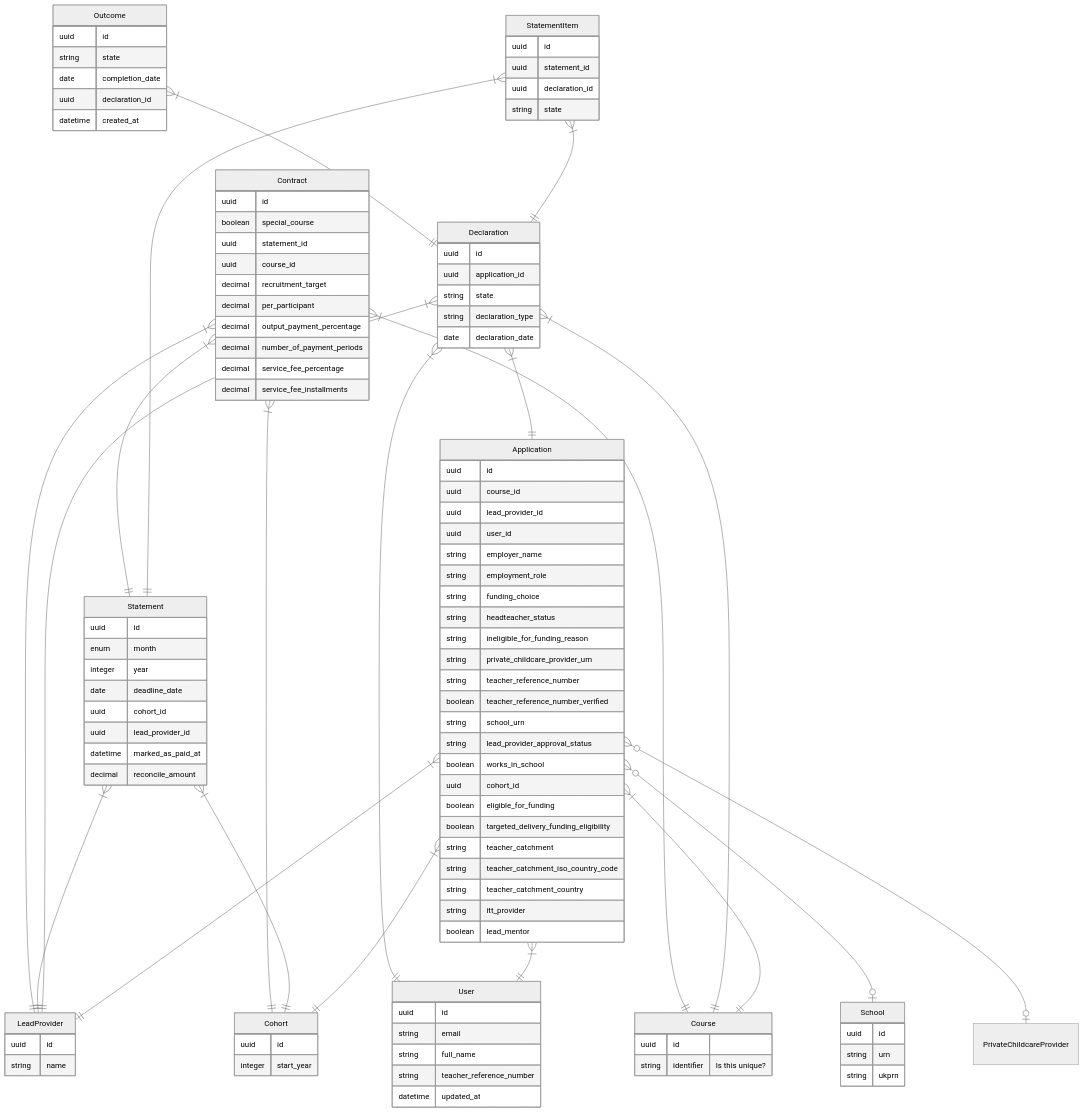
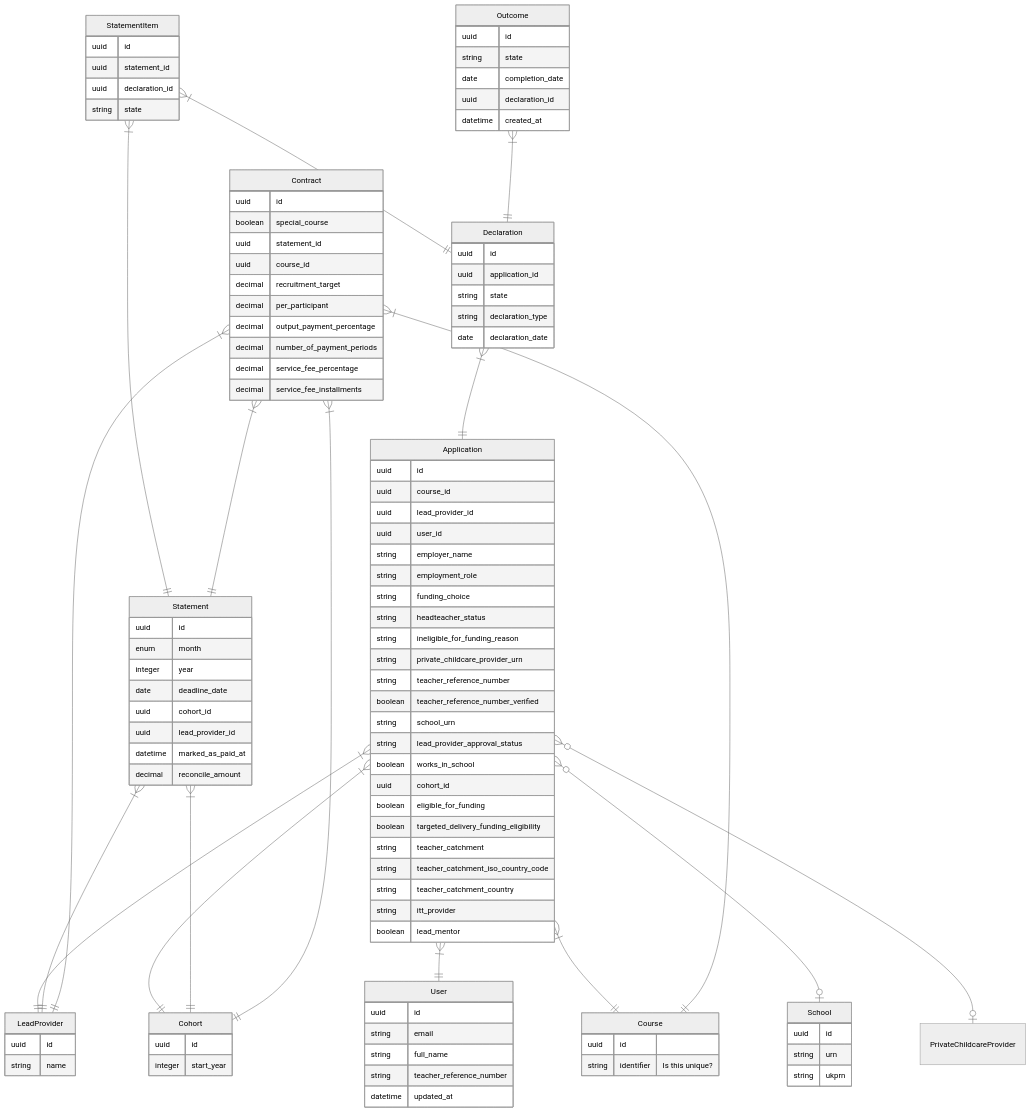
One commit to DFE-Digital/npq-separation changed the second of 4 diagrams in data-modelling.md. Above: the diagram before and after it, drawn with Mermaid (neutral theme).

Commit message:
Remove extra declaration relationships
- we can determine the user via the application
- we can determine the course via the application
- we can determine the lead provider via the statement item/statement

```diff
--- a/data-modelling.md
+++ b/data-modelling.md
@@ -40,9 +40,6 @@
     Application }o--o| PrivateChildcareProvider : ""
     Application }|--|| Cohort : ""
 
-    Declaration }|--|| User : ""
-    Declaration }|--|| Course : ""
-    Declaration }|--|| LeadProvider : ""
     Declaration }|--|| Application : ""
 
     Statement }|--|| LeadProvider : ""
```
